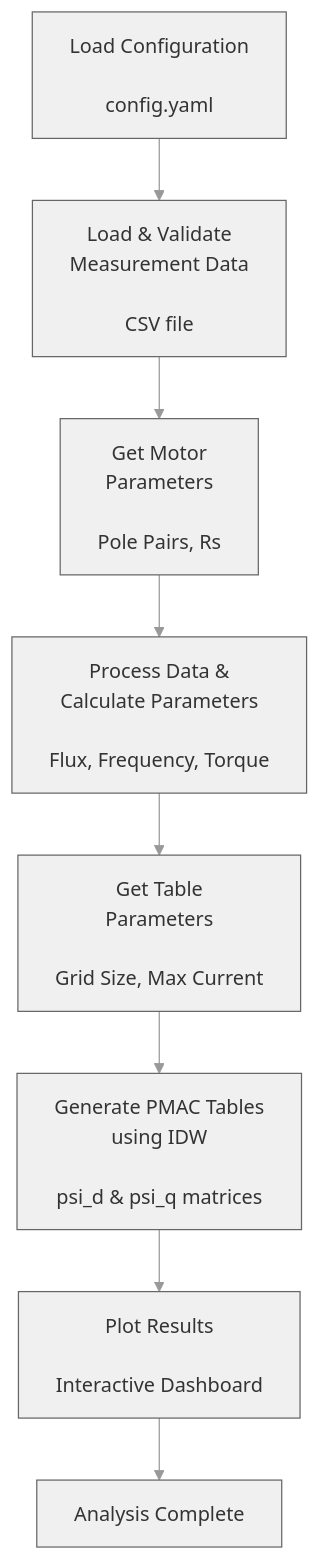
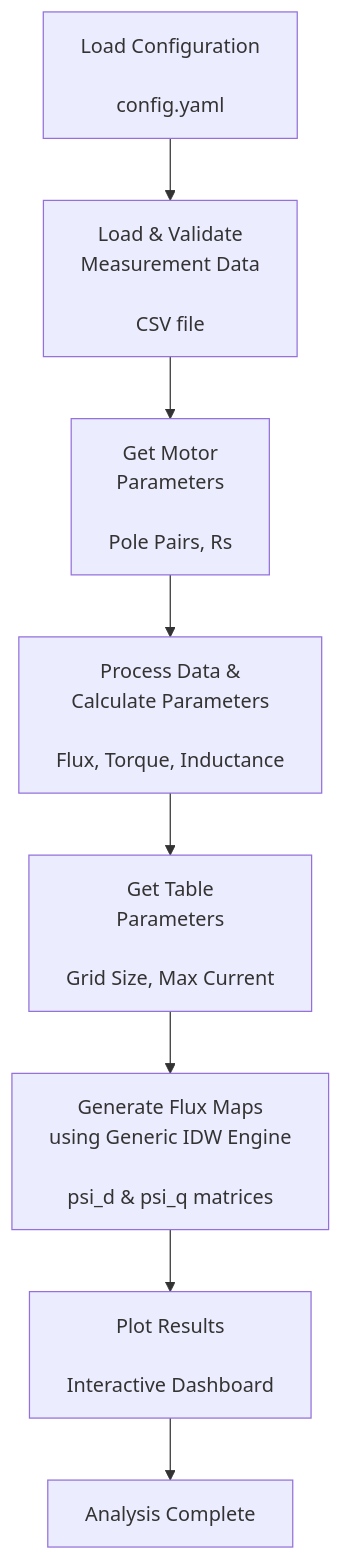
The first of 3 diagrams in docs/README.md (seanbf/tableGen), drawn with Mermaid before and after one commit. The commit also changed other lines of this file, not shown here.

Commit message:
docs: update README.md with refactored structure, new inductance features, and corrected configuration example

````diff
--- a/docs/README.md
+++ b/docs/README.md
@@ -11,11 +16,10 @@
 ```mermaid
-%%{init: {'theme':'base', 'themeVariables': { 'primaryColor':'#f0f0f0', 'primaryTextColor':'#333', 'primaryBorderColor':'#666', 'lineColor':'#999', 'secondBkgColor':'#e8e8e8', 'tertiaryColor':'#fff'}}}%%
 graph TD
     A["Load Configuration<br/><br/>config.yaml"] --> B["Load & Validate<br/>Measurement Data<br/><br/>CSV file"]
     B --> C["Get Motor<br/>Parameters<br/><br/>Pole Pairs, Rs"]
-    C --> D["Process Data &<br/>Calculate Parameters<br/><br/>Flux, Frequency, Torque"]
+    C --> D["Process Data &<br/>Calculate Parameters<br/><br/>Flux, Torque, Inductance"]
     D --> E["Get Table<br/>Parameters<br/><br/>Grid Size, Max Current"]
-    E --> F["Generate PMAC Tables<br/>using IDW<br/><br/>psi_d & psi_q matrices"]
+    E --> F["Generate Flux Maps<br/>using Generic IDW Engine<br/><br/>psi_d & psi_q matrices"]
     F --> G["Plot Results<br/><br/>Interactive Dashboard"]
     G --> H["Analysis Complete"]
 ```
````
